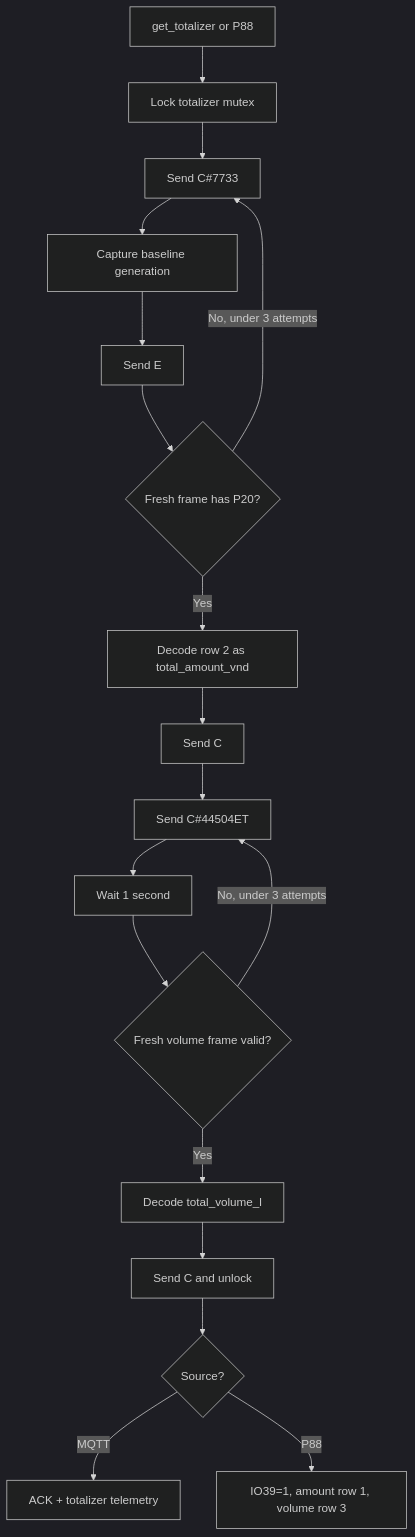
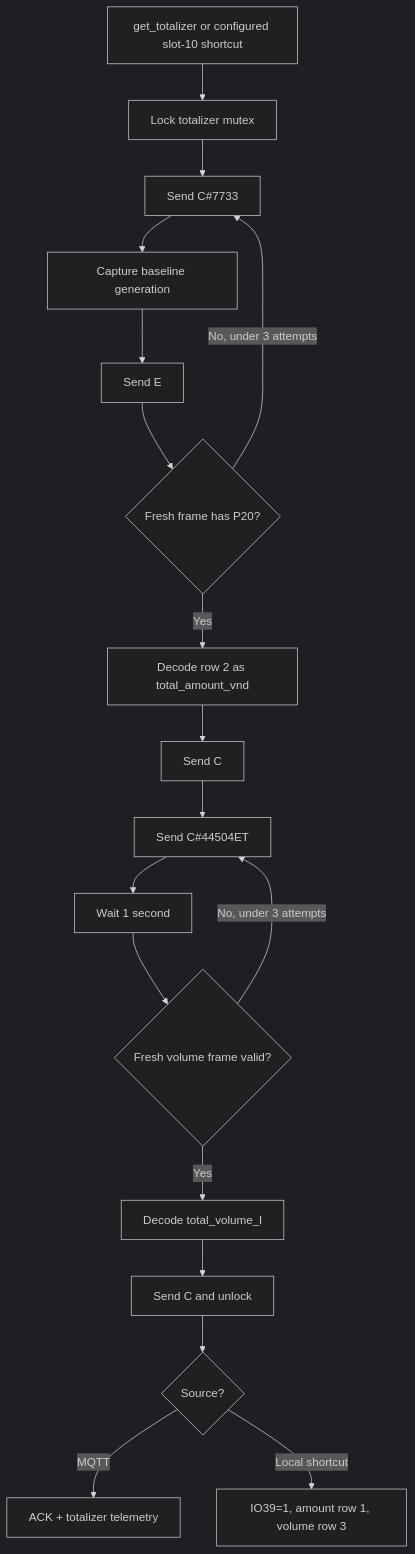
One commit to kenhkythuat/keyboard_phuongnam changed the sixth of 16 diagrams in docs/iot/firmware/flow.md. Above: the diagram before and after it, drawn with Mermaid (dark theme). The commit also changed other lines of this file and 11 other files, not shown here.

````diff
--- a/docs/iot/firmware/flow.md
+++ b/docs/iot/firmware/flow.md
@@ -147,20 +148,20 @@
 ```mermaid
 flowchart TD
-    A[get_totalizer or P88] --> B[Lock totalizer mutex]
+    A[get_totalizer or configured slot-10 shortcut] --> B[Lock totalizer mutex]
     B --> C[Send C#7733]
     C --> D[Capture baseline generation]
     D --> E[Send E]
     E --> F{Fresh frame has P20?}
     F -- No, under 3 attempts --> C
     F -- Yes --> G[Decode row 2 as total_amount_vnd]
     G --> H[Send C]
     H --> I[Send C#44504ET]
     I --> J[Wait 1 second]
     J --> K{Fresh volume frame valid?}
     K -- No, under 3 attempts --> I
     K -- Yes --> L[Decode total_volume_l]
     L --> M[Send C and unlock]
     M --> N{Source?}
     N -- MQTT --> O[ACK + totalizer telemetry]
-    N -- P88 --> P[IO39=1, amount row 1, volume row 3]
+    N -- Local shortcut --> P[IO39=1, amount row 1, volume row 3]
 ```
````
